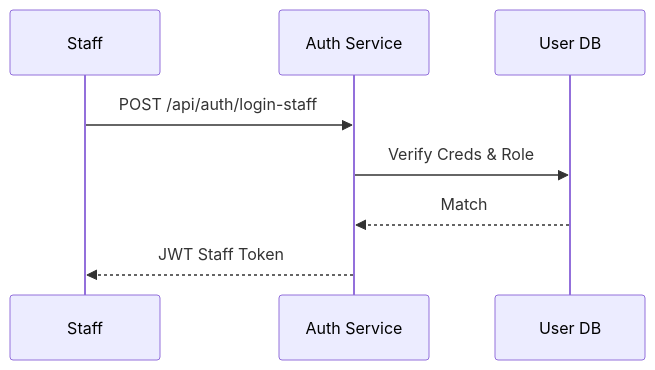
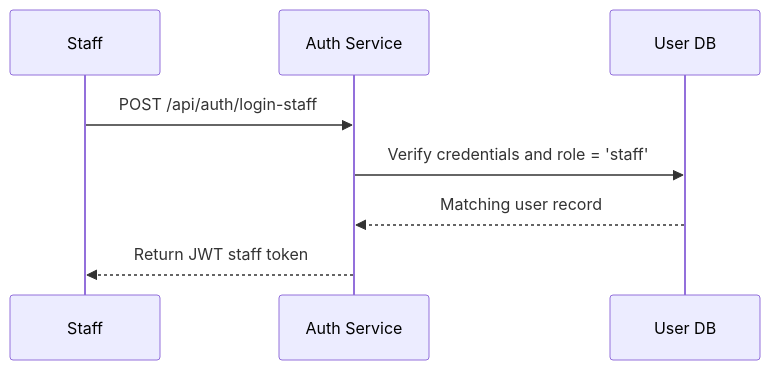
One commit to SDN-Group5/Event-Ticketing-Platform changed diagram 18 of 28 in doc/UML/Phuoc_PaymentCheckin.md. Above: the diagram before and after it, drawn with Mermaid. The commit also changed other lines of this file and 19 other files, not shown here.

````diff
--- a/doc/UML/Phuoc_PaymentCheckin.md
+++ b/doc/UML/Phuoc_PaymentCheckin.md
@@ -272,10 +287,10 @@
 ```mermaid
 sequenceDiagram
     participant S as Staff
     participant A as Auth Service
     participant DB as User DB
     S->>A: POST /api/auth/login-staff
-    A->>DB: Verify Creds & Role
-    DB-->>A: Match
-    A-->>S: JWT Staff Token
+    A->>DB: Verify credentials and role = 'staff'
+    DB-->>A: Matching user record
+    A-->>S: Return JWT staff token
 ```
````
